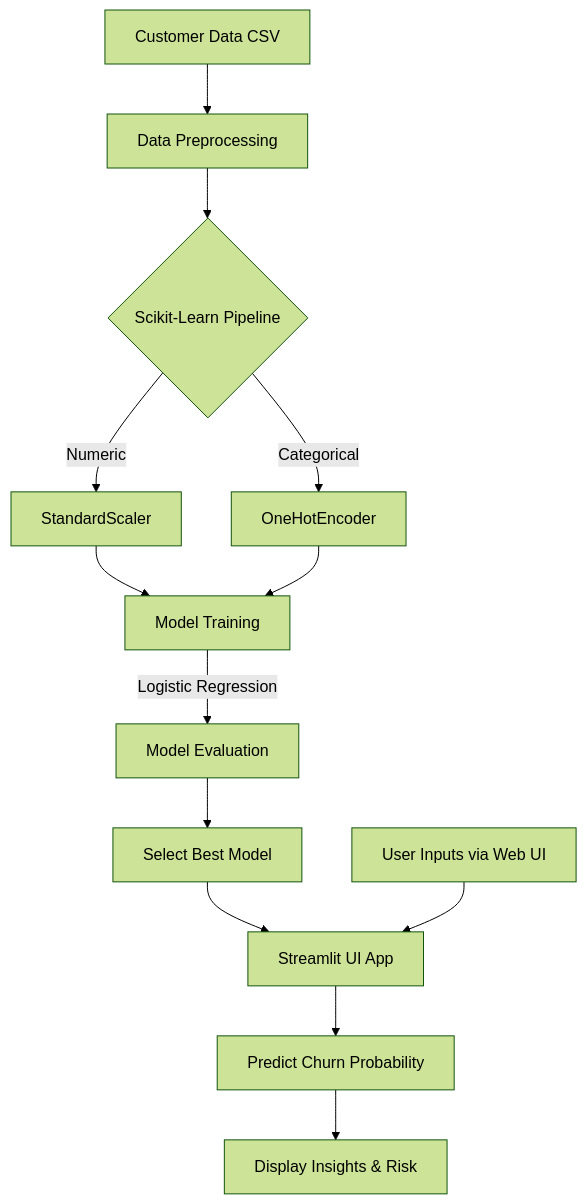
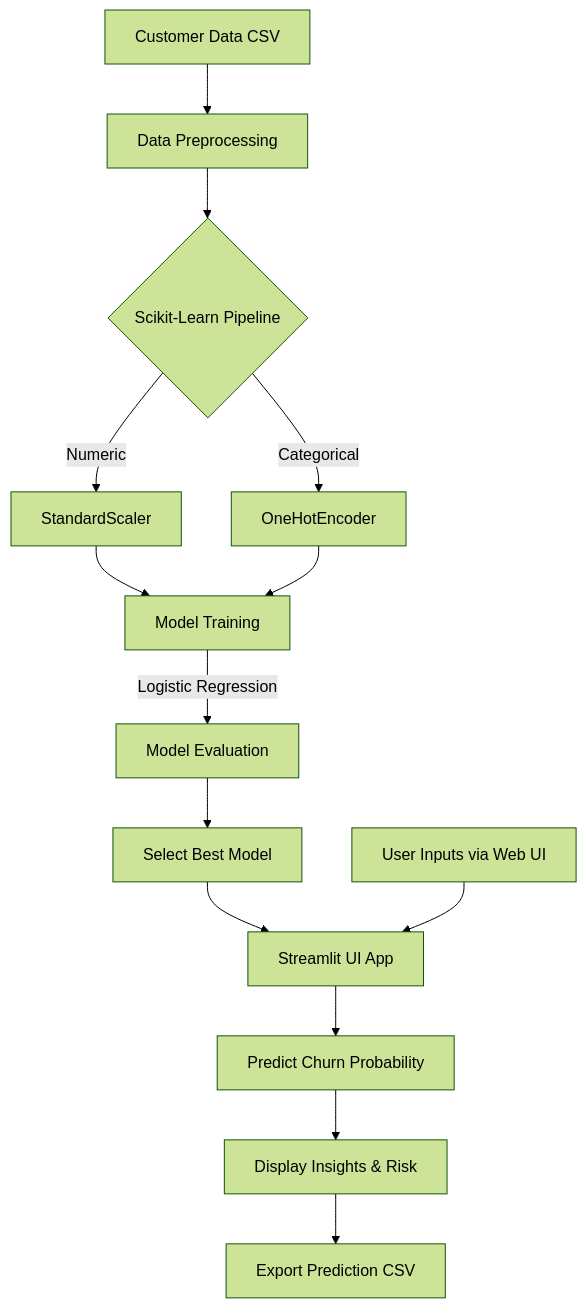
The diagram in README.md (Ankitgkp/GEN_AI_MID_TERM), drawn with Mermaid (forest theme) before and after one commit. The commit also changed other lines of this file and 1 other file, not shown here.

Commit message:
added confusion matrix graph

````diff
--- a/README.md
+++ b/README.md
@@ -30,16 +30,17 @@
 ```mermaid
 graph TD
     A[Customer Data CSV] --> B[Data Preprocessing]
     B --> C{Scikit-Learn Pipeline}
     C -->|Numeric| D[StandardScaler]
     C -->|Categorical| E[OneHotEncoder]
     D --> F[Model Training]
     E --> F
     F -->|Logistic Regression| G[Model Evaluation]
     G --> H[Select Best Model]
     H --> I[Streamlit UI App]
 
     J[User Inputs via Web UI] --> I
     I --> K[Predict Churn Probability]
     K --> L[Display Insights & Risk]
+    L --> M[Export Prediction CSV]
 ```
````
